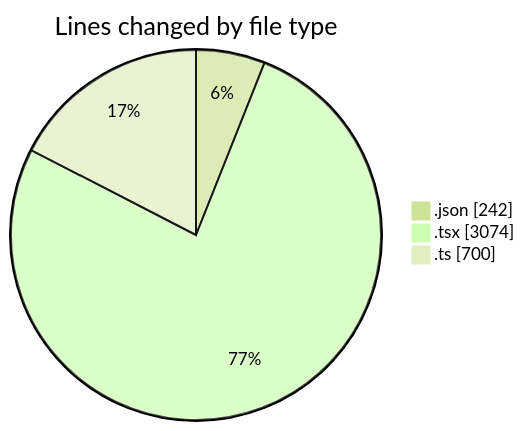
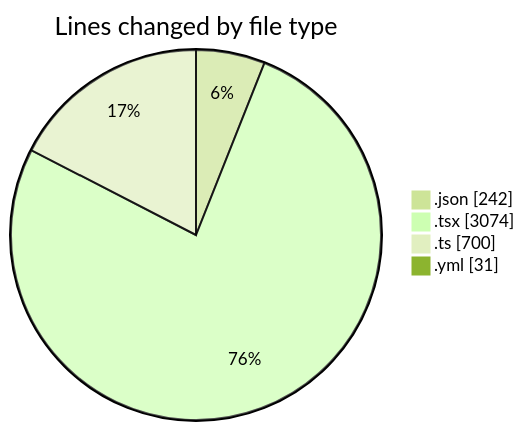
One commit to julien-gomy/code-tracking changed the first of 2 diagrams in 2025-11-17/eventscop-frontend-guide__workspace_/README.md. Above: the diagram before and after it, drawn with Mermaid (forest theme). The commit also changed other lines of this file and 1 other file, not shown here.

````diff
--- a/2025-11-17/eventscop-frontend-guide__workspace_/README.md
+++ b/2025-11-17/eventscop-frontend-guide__workspace_/README.md
@@ -42,7 +43,8 @@
 ```mermaid
 pie showData
 title Lines changed by file type
 ".json" : 242
 ".tsx" : 3074
 ".ts" : 700
+".yml" : 31
 ```
````
